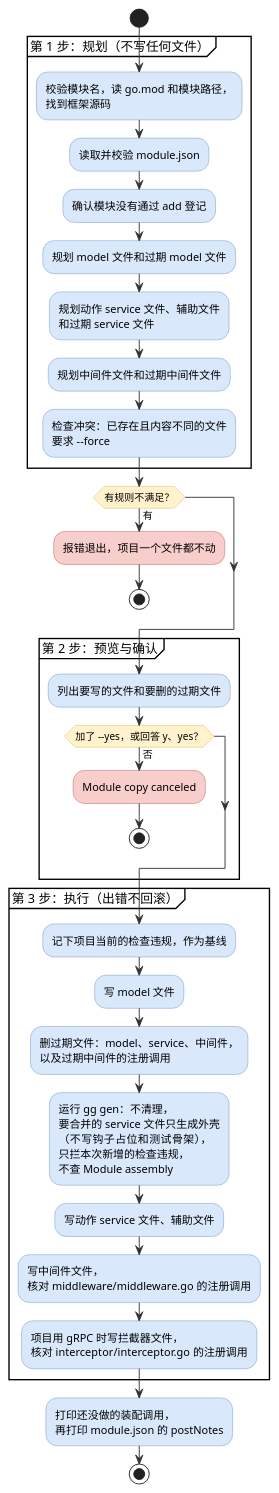
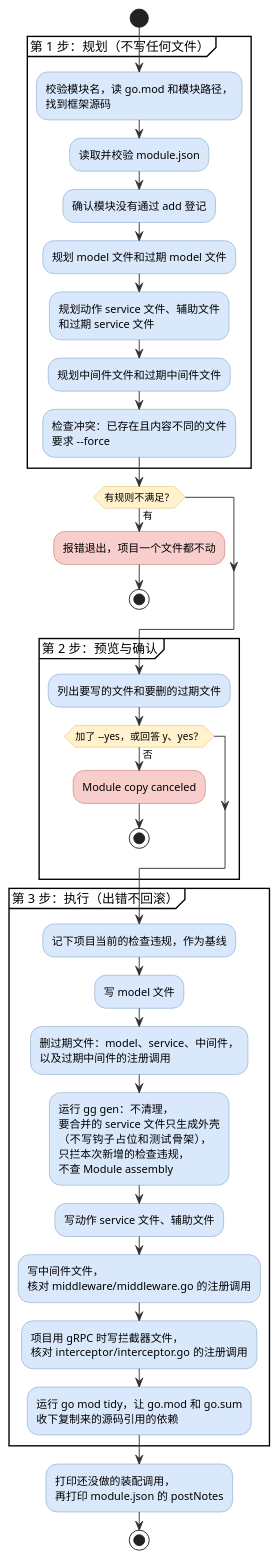
The first of 2 diagrams in cmd/gg/MODULE.md (hydroan/gst), drawn with PlantUML before and after one commit. The commit also changed other lines of this file and 4 other files, not shown here.

````diff
--- a/cmd/gg/MODULE.md
+++ b/cmd/gg/MODULE.md
@@ -88,57 +88,59 @@
 ```plantuml
 @startuml
 skinparam activity {
   BackgroundColor #dae8fc
   BorderColor #6c8ebf
   ArrowColor #333333
   DiamondBackgroundColor #fff2cc
   DiamondBorderColor #d6b656
   BackgroundColor<<cancel>> #f8cecc
   BorderColor<<cancel>> #b85450
 }
 
 start
 partition "第 1 步：规划（不写任何文件）" {
   :校验模块名，读 go.mod 和模块路径，
   找到框架源码;
   :读取并校验 module.json;
   :确认模块没有通过 add 登记;
   :规划 model 文件和过期 model 文件;
   :规划动作 service 文件、辅助文件
   和过期 service 文件;
   :规划中间件文件和过期中间件文件;
   :检查冲突：已存在且内容不同的文件
   要求 --force;
 }
 if (有规则不满足？) then (有)
   :报错退出，项目一个文件都不动; <<cancel>>
   stop
 endif
 partition "第 2 步：预览与确认" {
   :列出要写的文件和要删的过期文件;
   if (加了 --yes，或回答 y、yes？) then (否)
     :Module copy canceled; <<cancel>>
     stop
   endif
 }
 partition "第 3 步：执行（出错不回滚）" {
   :记下项目当前的检查违规，作为基线;
   :写 model 文件;
   :删过期文件：model、service、中间件，
   以及过期中间件的注册调用;
   :运行 gg gen：不清理，
   要合并的 service 文件只生成外壳
   （不写钩子占位和测试骨架），
   只拦本次新增的检查违规，
   不查 Module assembly;
   :写动作 service 文件、辅助文件;
   :写中间件文件，
   核对 middleware/middleware.go 的注册调用;
   :项目用 gRPC 时写拦截器文件，
   核对 interceptor/interceptor.go 的注册调用;
+  :运行 go mod tidy，让 go.mod 和 go.sum
+  收下复制来的源码引用的依赖;
 }
 :打印还没做的装配调用，
 再打印 module.json 的 postNotes;
 stop
 @enduml
 ```
````
